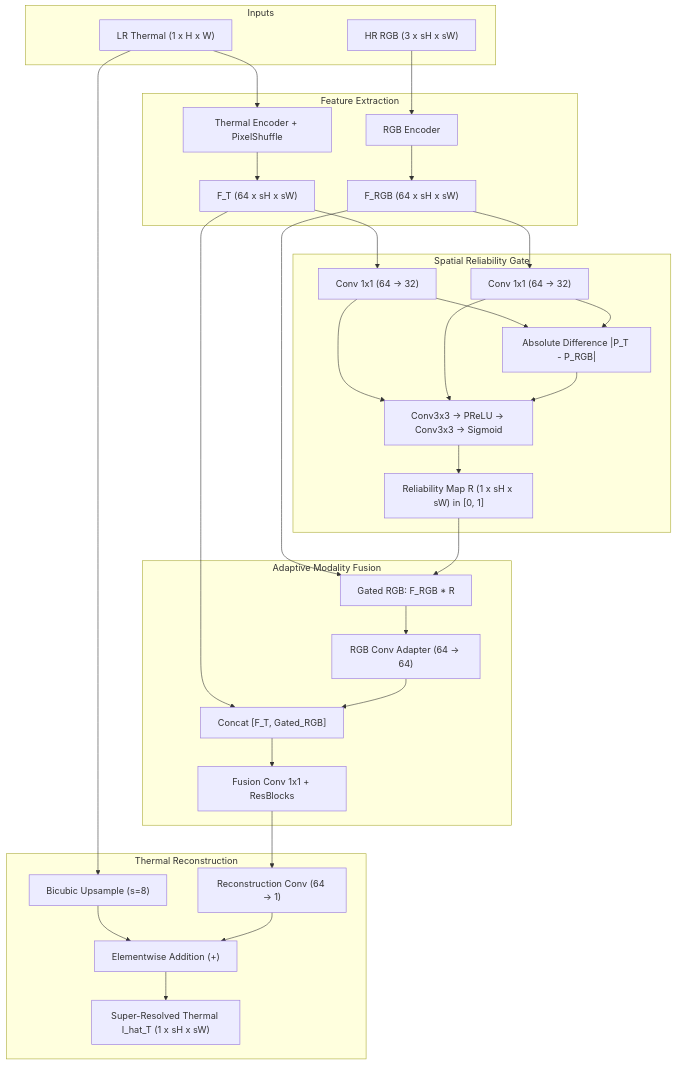
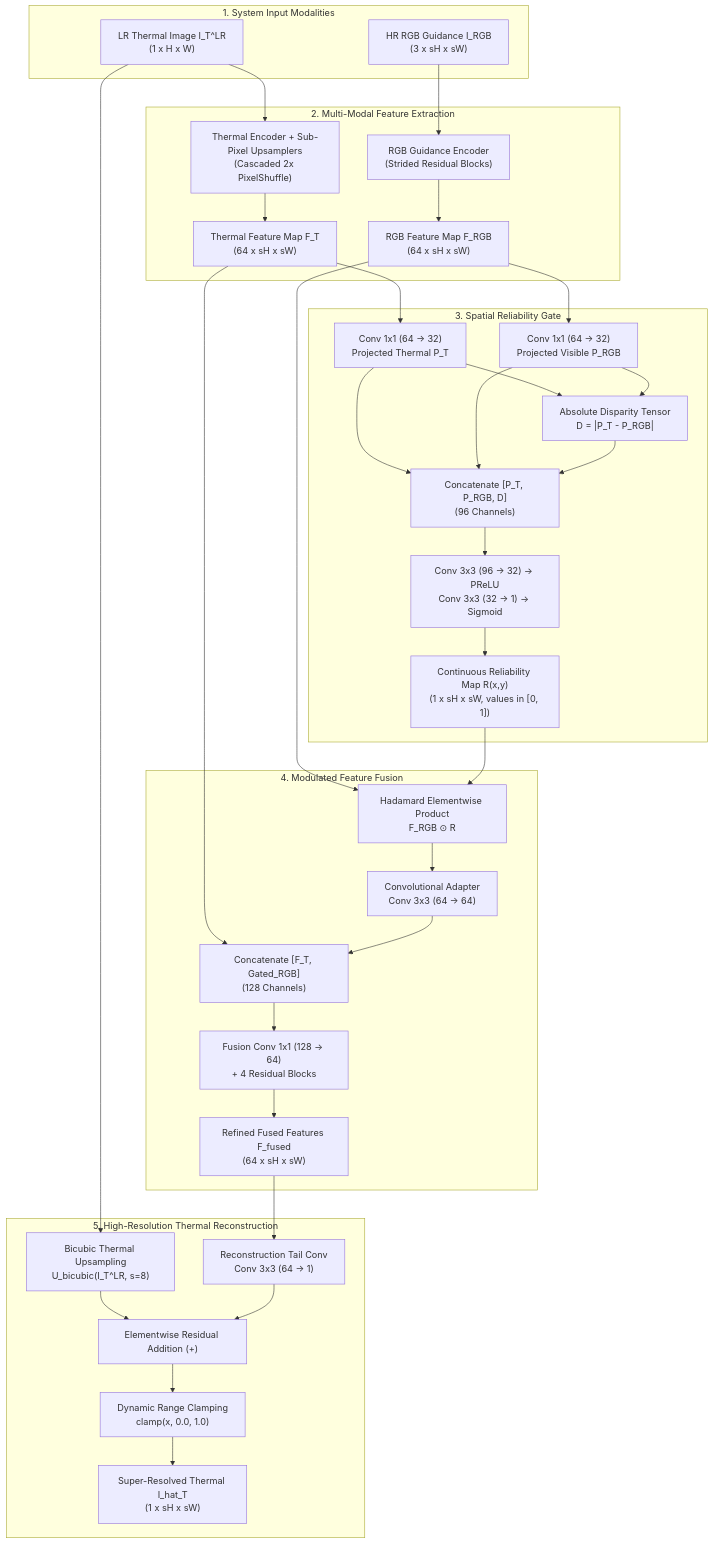
Before and after one commit to abdurrahmans0906-cpu/ThermoSR: the first of 2 diagrams in docs/PROJECT_DOCUMENT.md, drawn with Mermaid. The commit also changed other lines of this file and 1 other file, not shown here.

Commit message:
docs: comprehensively update research paper report with Laya System 1 QA & Experiment Advisor

````diff
--- a/docs/PROJECT_DOCUMENT.md
+++ b/docs/PROJECT_DOCUMENT.md
@@ -90,56 +119,60 @@
 ```mermaid
-graph TD
-    subgraph Inputs
-        T_LR["LR Thermal (1 x H x W)"]
-        RGB["HR RGB (3 x sH x sW)"]
+flowchart TD
+    subgraph Inputs["1. System Input Modalities"]
+        T_LR["LR Thermal Image I_T^LR<br/>(1 x H x W)"]
+        RGB["HR RGB Guidance I_RGB<br/>(3 x sH x sW)"]
     end
 
-    subgraph Feature_Extraction["Feature Extraction"]
-        T_Enc["Thermal Encoder + PixelShuffle"]
-        RGB_Enc["RGB Encoder"]
+    subgraph Feature_Extraction["2. Multi-Modal Feature Extraction"]
+        T_Enc["Thermal Encoder + Sub-Pixel Upsamplers<br/>(Cascaded 2x PixelShuffle)"]
+        RGB_Enc["RGB Guidance Encoder<br/>(Strided Residual Blocks)"]
         T_LR --> T_Enc
         RGB --> RGB_Enc
-        T_Enc --> F_T["F_T (64 x sH x sW)"]
-        RGB_Enc --> F_RGB["F_RGB (64 x sH x sW)"]
+        T_Enc --> F_T["Thermal Feature Map F_T<br/>(64 x sH x sW)"]
+        RGB_Enc --> F_RGB["RGB Feature Map F_RGB<br/>(64 x sH x sW)"]
     end
 
-    subgraph Reliability_Gating["Spatial Reliability Gate"]
-        Proj_T["Conv 1x1 (64 -> 32)"]
-        Proj_RGB["Conv 1x1 (64 -> 32)"]
+    subgraph Reliability_Gating["3. Spatial Reliability Gate"]
+        Proj_T["Conv 1x1 (64 -> 32)<br/>Projected Thermal P_T"]
+        Proj_RGB["Conv 1x1 (64 -> 32)<br/>Projected Visible P_RGB"]
         F_T --> Proj_T
         F_RGB --> Proj_RGB
-        Diff["Absolute Difference |P_T - P_RGB|"]
+        Diff["Absolute Disparity Tensor<br/>D = |P_T - P_RGB|"]
         Proj_T --> Diff
         Proj_RGB --> Diff
-        GateConv["Conv3x3 -> PReLU -> Conv3x3 -> Sigmoid"]
-        Proj_T --> GateConv
-        Proj_RGB --> GateConv
-        Diff --> GateConv
-        GateConv --> RelMap["Reliability Map R (1 x sH x sW) in [0, 1]"]
+        GateConcat["Concatenate [P_T, P_RGB, D]<br/>(96 Channels)"]
+        Proj_T --> GateConcat
+        Proj_RGB --> GateConcat
+        Diff --> GateConcat
+        GateLayers["Conv 3x3 (96 -> 32) -> PReLU<br/>Conv 3x3 (32 -> 1) -> Sigmoid"]
+        GateConcat --> GateLayers
+        GateLayers --> RelMap["Continuous Reliability Map R(x,y)<br/>(1 x sH x sW, values in [0, 1])"]
     end
 
-    subgraph Adaptive_Fusion["Adaptive Modality Fusion"]
-        Mod["Gated RGB: F_RGB * R"]
-        F_RGB --> Mod
-        RelMap --> Mod
-        Adapter["RGB Conv Adapter (64 -> 64)"]
-        Mod --> Adapter
-        Concat["Concat [F_T, Gated_RGB]"]
-        F_T --> Concat
-        Adapter --> Concat
-        FuseTrunk["Fusion Conv 1x1 + ResBlocks"]
-        Concat --> FuseTrunk
+    subgraph Adaptive_Fusion["4. Modulated Feature Fusion"]
+        Hadamard["Hadamard Elementwise Product<br/>F_RGB ⊙ R"]
+        F_RGB --> Hadamard
+        RelMap --> Hadamard
+        RGBAdapter["Convolutional Adapter<br/>Conv 3x3 (64 -> 64)"]
+        Hadamard --> RGBAdapter
+        FuseConcat["Concatenate [F_T, Gated_RGB]<br/>(128 Channels)"]
+        F_T --> FuseConcat
+        RGBAdapter --> FuseConcat
+        FuseTrunk["Fusion Conv 1x1 (128 -> 64)<br/>+ 4 Residual Blocks"]
+        FuseConcat --> FuseTrunk
+        FuseTrunk --> F_fused["Refined Fused Features F_fused<br/>(64 x sH x sW)"]
     end
 
-    subgraph Reconstruction["Thermal Reconstruction"]
-        Bicubic["Bicubic Upsample (s=8)"]
-        T_LR --> Bicubic
-        Tail["Reconstruction Conv (64 -> 1)"]
-        FuseTrunk --> Tail
-        Add["Elementwise Addition (+)"]
-        Bicubic --> Add
-        Tail --> Add
-        Out["Super-Resolved Thermal I_hat_T (1 x sH x sW)"]
-        Add --> Out
+    subgraph Reconstruction["5. High-Resolution Thermal Reconstruction"]
+        BicubicSkip["Bicubic Thermal Upsampling<br/>U_bicubic(I_T^LR, s=8)"]
+        T_LR --> BicubicSkip
+        TailConv["Reconstruction Tail Conv<br/>Conv 3x3 (64 -> 1)"]
+        F_fused --> TailConv
+        ResidualSum["Elementwise Residual Addition (+)"]
+        BicubicSkip --> ResidualSum
+        TailConv --> ResidualSum
+        ClampLayer["Dynamic Range Clamping<br/>clamp(x, 0.0, 1.0)"]
+        ResidualSum --> ClampLayer
+        ClampLayer --> OutThermal["Super-Resolved Thermal I_hat_T<br/>(1 x sH x sW)"]
     end
 ```
````
